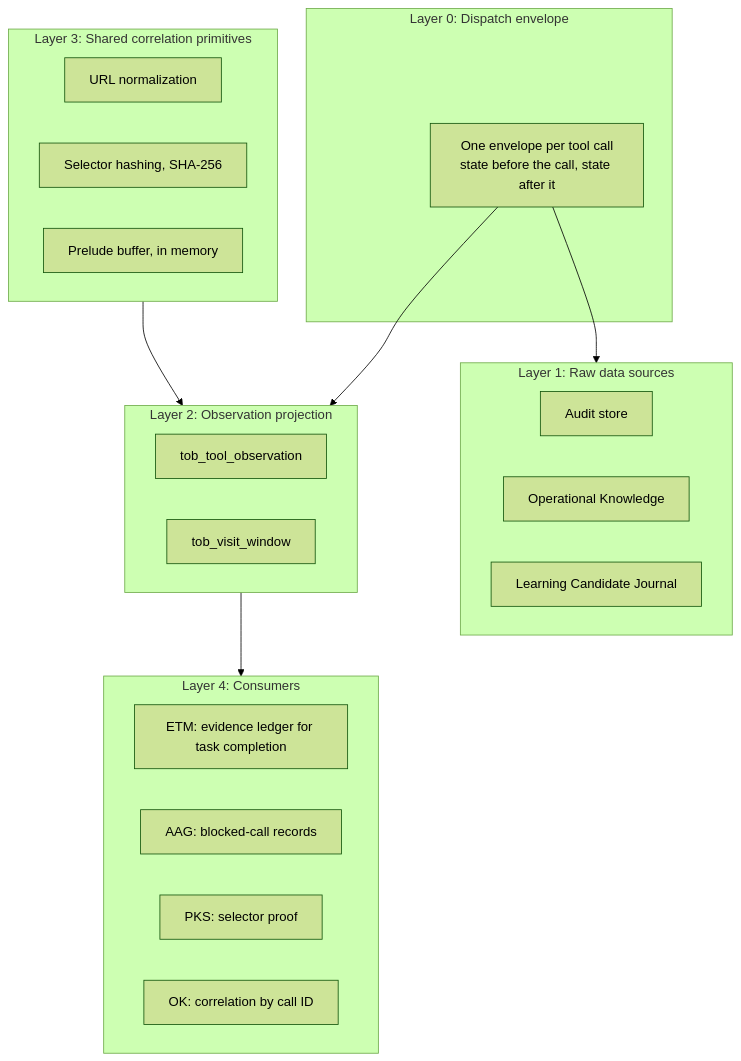
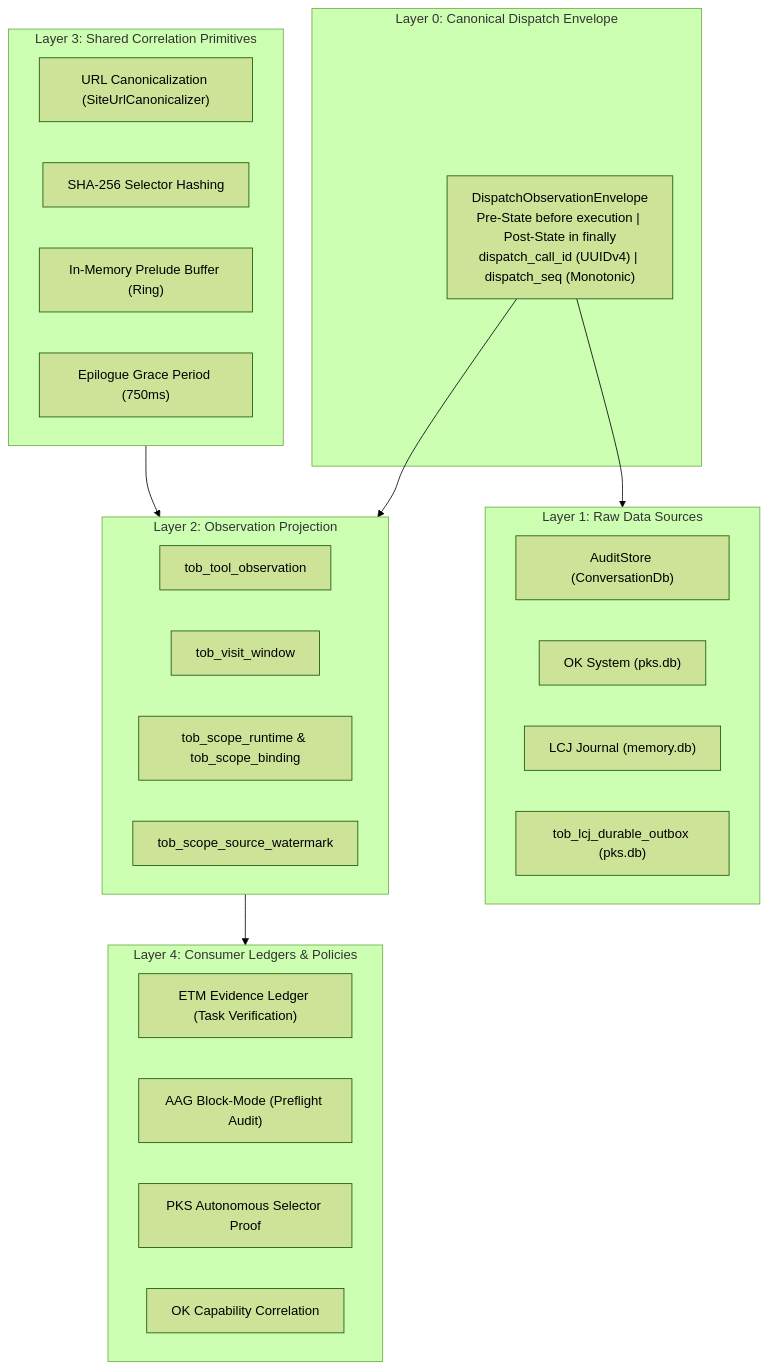
One commit to joelaniol/nova changed the second of 9 diagrams in docs/core-features/tool-observation-bus-tob/README.md. Above: the diagram before and after it, drawn with Mermaid (forest theme). The commit also changed other lines of this file and 33 other files, not shown here.

````diff
--- a/docs/core-features/tool-observation-bus-tob/README.md
+++ b/docs/core-features/tool-observation-bus-tob/README.md
@@ -100,35 +60,39 @@
 ```mermaid
 flowchart TD
-    subgraph Layer0["Layer 0: Dispatch envelope"]
-        Env["One envelope per tool call<br/>state before the call, state after it"]
+    subgraph Layer0 ["Layer 0: Canonical Dispatch Envelope"]
+        Env["DispatchObservationEnvelope<br/>Pre-State before execution | Post-State in finally<br/>dispatch_call_id (UUIDv4) | dispatch_seq (Monotonic)"]
     end
 
-    subgraph Layer1["Layer 1: Raw data sources"]
-        Audit["Audit store"]
-        OKStore["Operational Knowledge"]
-        LCJ["Learning Candidate Journal"]
+    subgraph Layer1 ["Layer 1: Raw Data Sources"]
+        Audit["AuditStore (ConversationDb)"]
+        OKStore["OK System (pks.db)"]
+        LCJ["LCJ Journal (memory.db)"]
+        Outbox["tob_lcj_durable_outbox (pks.db)"]
     end
 
-    subgraph Layer2["Layer 2: Observation projection"]
+    subgraph Layer2 ["Layer 2: Observation Projection"]
         ToolObs["tob_tool_observation"]
         VisitWin["tob_visit_window"]
+        ScopeRun["tob_scope_runtime & tob_scope_binding"]
+        Watermark["tob_scope_source_watermark"]
     end
 
-    subgraph Layer3["Layer 3: Shared correlation primitives"]
-        Norm["URL normalization"]
-        Hash["Selector hashing, SHA-256"]
-        Prelude["Prelude buffer, in memory"]
+    subgraph Layer3 ["Layer 3: Shared Correlation Primitives"]
+        Norm["URL Canonicalization (SiteUrlCanonicalizer)"]
+        Hash["SHA-256 Selector Hashing"]
+        Prelude["In-Memory Prelude Buffer (Ring)"]
+        Epilogue["Epilogue Grace Period (750ms)"]
     end
 
-    subgraph Layer4["Layer 4: Consumers"]
-        ETM["ETM: evidence ledger for task completion"]
-        AAG["AAG: blocked-call records"]
-        PKSProof["PKS: selector proof"]
-        OKCons["OK: correlation by call ID"]
+    subgraph Layer4 ["Layer 4: Consumer Ledgers & Policies"]
+        ETM["ETM Evidence Ledger (Task Verification)"]
+        AAG["AAG Block-Mode (Preflight Audit)"]
+        PKSProof["PKS Autonomous Selector Proof"]
+        OKCons["OK Capability Correlation"]
     end
 
     Env --> Layer1
     Env --> Layer2
     Layer3 --> Layer2
     Layer2 --> Layer4
 ```
````
